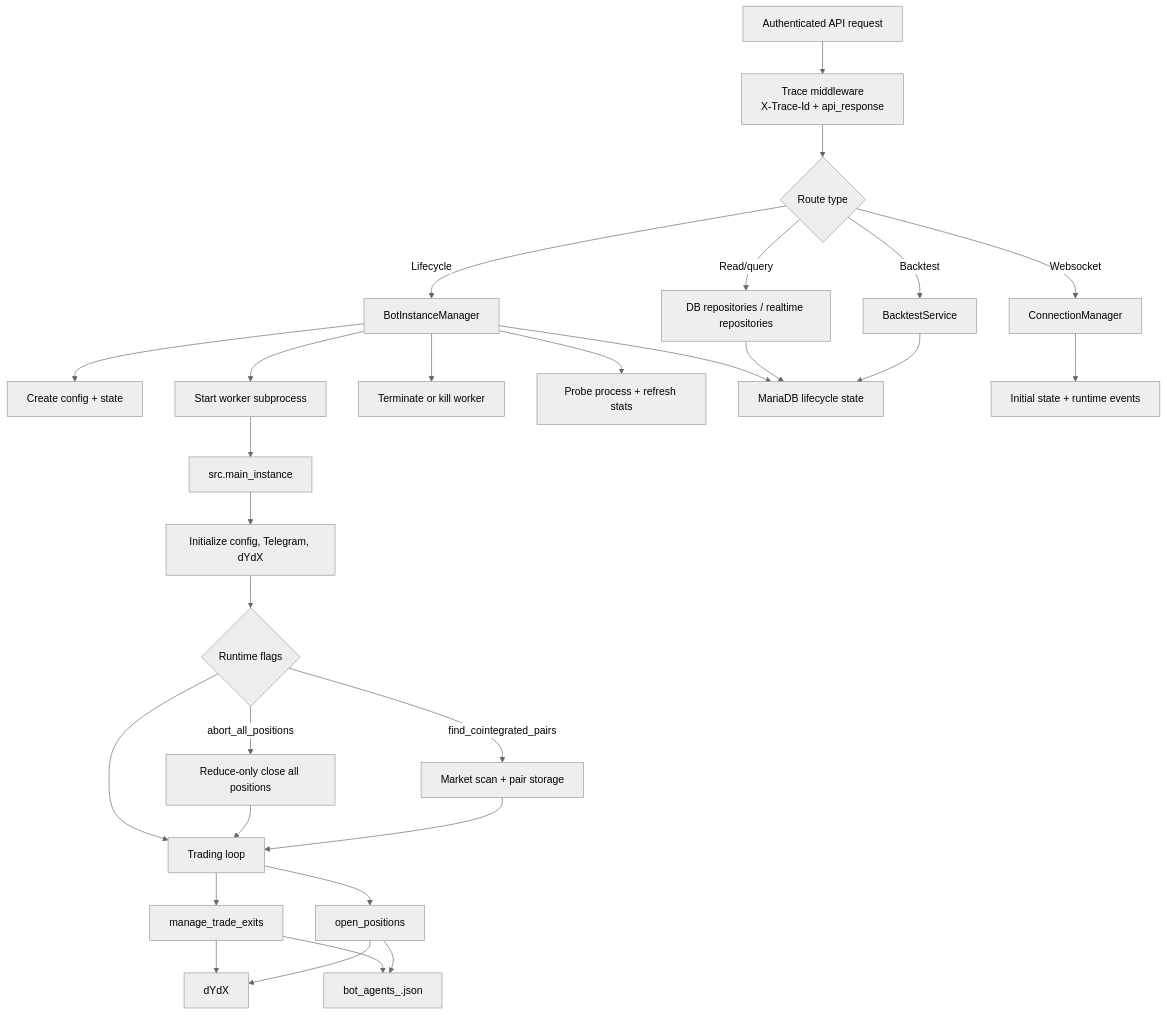
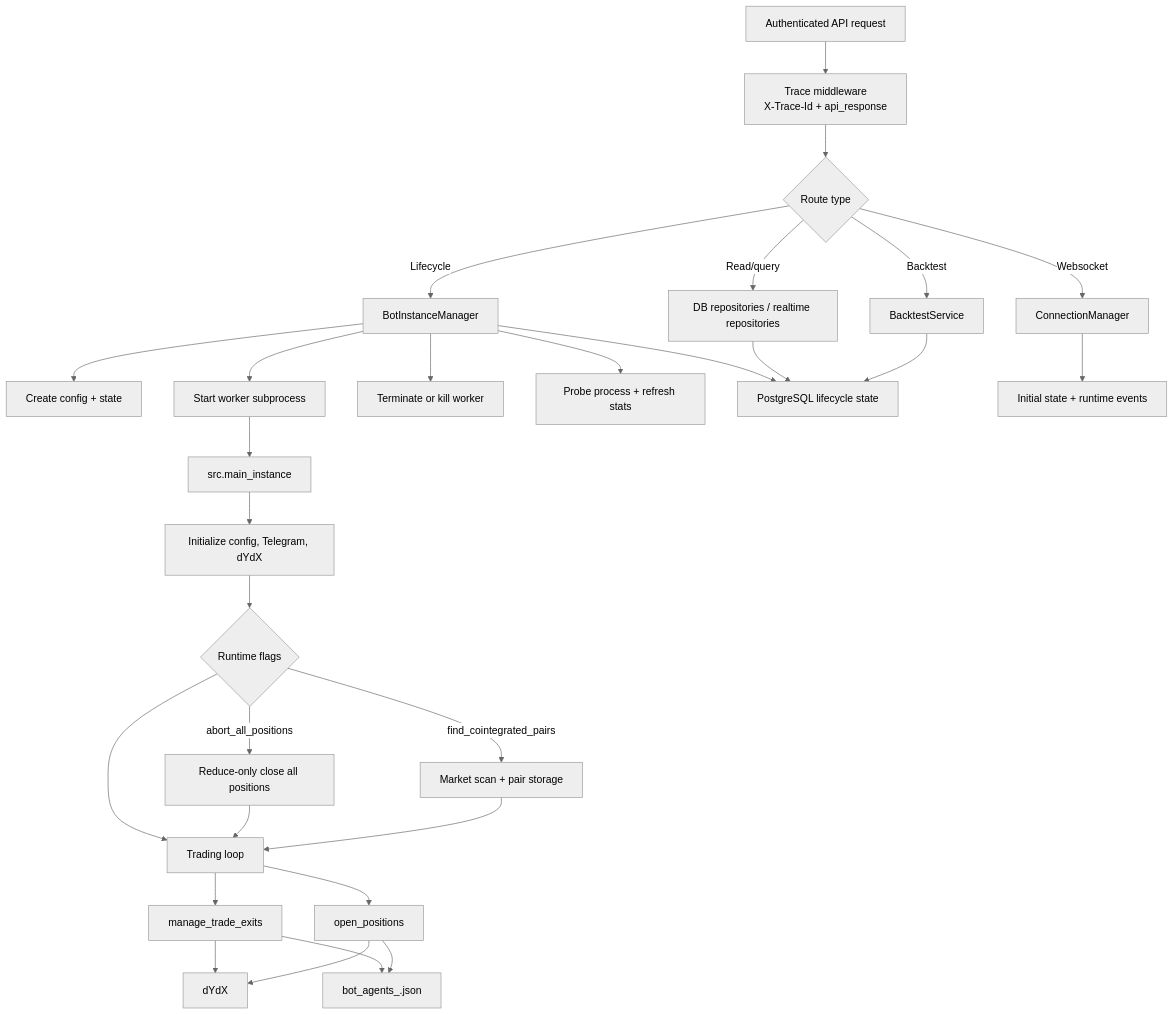
Before and after one commit to cploutarchou/dydx-trading-bot: the second of 9 diagrams in bot/docs/BOT_FLOWS.md, drawn with Mermaid (neutral theme). The commit also changed other lines of this file and 51 other files, not shown here.

Commit message:
feat: update infrastructure configuration for PostgreSQL and Valkey integration

````diff
--- a/bot/docs/BOT_FLOWS.md
+++ b/bot/docs/BOT_FLOWS.md
@@ -96,35 +96,35 @@
 ```mermaid
 flowchart TD
     Request["Authenticated API request"] --> Trace["Trace middleware<br/>X-Trace-Id + api_response"]
     Trace --> Route{"Route type"}
 
     Route -->|Lifecycle| Manager["BotInstanceManager"]
     Route -->|Read/query| Repos["DB repositories / realtime repositories"]
     Route -->|Backtest| BacktestSvc["BacktestService"]
     Route -->|Websocket| Socket["ConnectionManager"]
 
     Manager --> Create["Create config + state"]
     Manager --> Start["Start worker subprocess"]
     Manager --> Stop["Terminate or kill worker"]
     Manager --> Status["Probe process + refresh stats"]
 
     Start --> Worker["src.main_instance"]
     Worker --> Setup["Initialize config, Telegram, dYdX"]
     Setup --> OptionalSetup{"Runtime flags"}
     OptionalSetup -->|abort_all_positions| Abort["Reduce-only close all positions"]
     OptionalSetup -->|find_cointegrated_pairs| Cointegration["Market scan + pair storage"]
     OptionalSetup --> Loop["Trading loop"]
     Abort --> Loop
     Cointegration --> Loop
 
     Loop --> ExitMgmt["manage_trade_exits"]
     Loop --> EntryMgmt["open_positions"]
     ExitMgmt --> Exchange["dYdX"]
     EntryMgmt --> Exchange
     ExitMgmt --> LocalState["bot_agents_<id>.json"]
     EntryMgmt --> LocalState
-    Manager --> DB["MariaDB lifecycle state"]
+    Manager --> DB["PostgreSQL lifecycle state"]
     Repos --> DB
     BacktestSvc --> DB
     Socket --> ClientEvents["Initial state + runtime events"]
 ```
````
